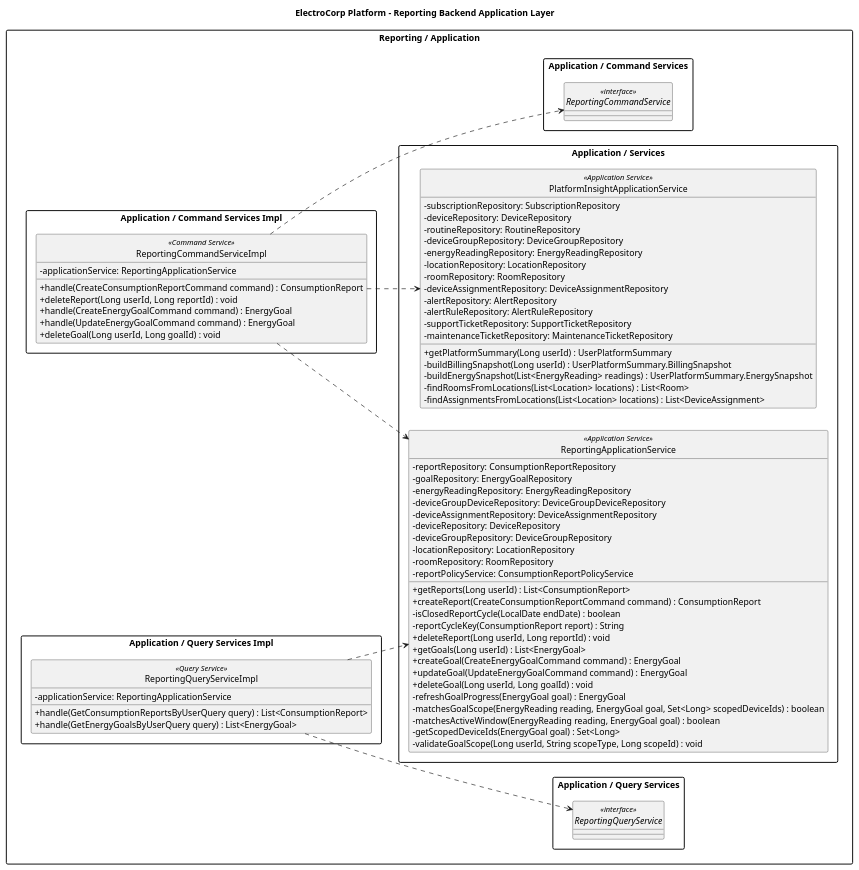
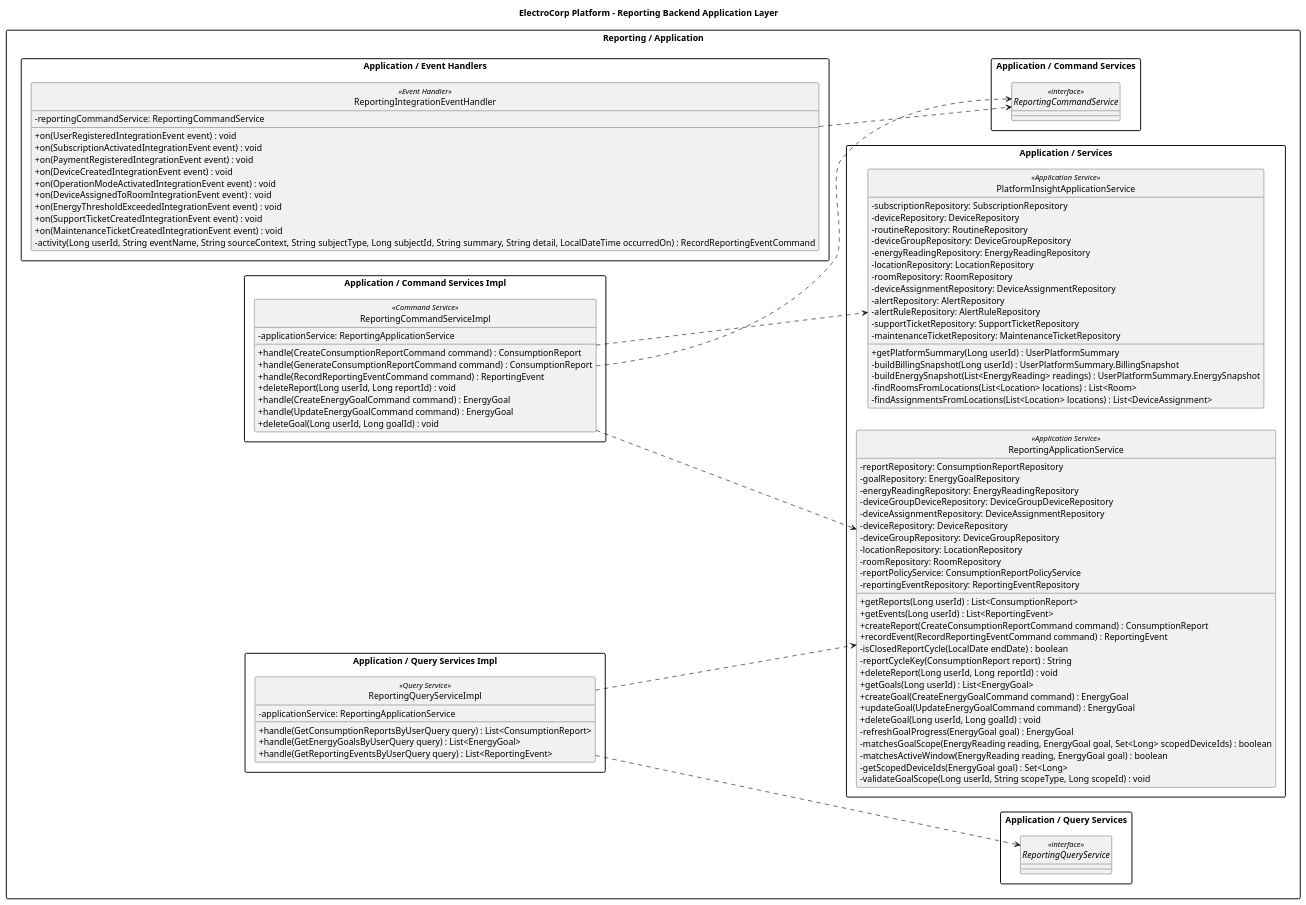
The diagram in docs/diagrams/class/backend/layers/reporting/backend-reporting-application-class-diagram.puml (upc-pre-202610-1asi0729-11896-ecorp/electrocorp-report), drawn with PlantUML before and after one commit. The commit also changed 34 other files, not shown here.

Commit message:
docs: update final architecture diagrams

```diff
--- a/docs/diagrams/class/backend/layers/reporting/backend-reporting-application-class-diagram.puml
+++ b/docs/diagrams/class/backend/layers/reporting/backend-reporting-application-class-diagram.puml
@@ -1,92 +1,114 @@
 @startuml
 title ElectroCorp Platform - Reporting Backend Application Layer
 left to right direction
 skinparam packageStyle rectangle
 skinparam shadowing false
 skinparam classAttributeIconSize 0
 hide circle
 
 package "Reporting / Application" {
   package "Application / Command Services" {
     interface "ReportingCommandService" as Backend_reporting_ReportingCommandService <<interface>> {
     }
   }
   package "Application / Command Services Impl" {
     class "ReportingCommandServiceImpl" as Backend_reporting_ReportingCommandServiceImpl <<Command Service>> {
       - applicationService: ReportingApplicationService
       + handle(CreateConsumptionReportCommand command) : ConsumptionReport
+      + handle(GenerateConsumptionReportCommand command) : ConsumptionReport
+      + handle(RecordReportingEventCommand command) : ReportingEvent
       + deleteReport(Long userId, Long reportId) : void
       + handle(CreateEnergyGoalCommand command) : EnergyGoal
       + handle(UpdateEnergyGoalCommand command) : EnergyGoal
       + deleteGoal(Long userId, Long goalId) : void
     }
   }
   package "Application / Query Services" {
     interface "ReportingQueryService" as Backend_reporting_ReportingQueryService <<interface>> {
     }
   }
   package "Application / Query Services Impl" {
     class "ReportingQueryServiceImpl" as Backend_reporting_ReportingQueryServiceImpl <<Query Service>> {
       - applicationService: ReportingApplicationService
       + handle(GetConsumptionReportsByUserQuery query) : List<ConsumptionReport>
       + handle(GetEnergyGoalsByUserQuery query) : List<EnergyGoal>
+      + handle(GetReportingEventsByUserQuery query) : List<ReportingEvent>
+    }
+  }
+  package "Application / Event Handlers" {
+    class "ReportingIntegrationEventHandler" as Backend_reporting_ReportingIntegrationEventHandler <<Event Handler>> {
+      - reportingCommandService: ReportingCommandService
+      + on(UserRegisteredIntegrationEvent event) : void
+      + on(SubscriptionActivatedIntegrationEvent event) : void
+      + on(PaymentRegisteredIntegrationEvent event) : void
+      + on(DeviceCreatedIntegrationEvent event) : void
+      + on(OperationModeActivatedIntegrationEvent event) : void
+      + on(DeviceAssignedToRoomIntegrationEvent event) : void
+      + on(EnergyThresholdExceededIntegrationEvent event) : void
+      + on(SupportTicketCreatedIntegrationEvent event) : void
+      + on(MaintenanceTicketCreatedIntegrationEvent event) : void
+      - activity(Long userId, String eventName, String sourceContext, String subjectType, Long subjectId, String summary, String detail, LocalDateTime occurredOn) : RecordReportingEventCommand
     }
   }
   package "Application / Services" {
     class "PlatformInsightApplicationService" as Backend_reporting_PlatformInsightApplicationService <<Application Service>> {
       - subscriptionRepository: SubscriptionRepository
       - deviceRepository: DeviceRepository
       - routineRepository: RoutineRepository
       - deviceGroupRepository: DeviceGroupRepository
       - energyReadingRepository: EnergyReadingRepository
       - locationRepository: LocationRepository
       - roomRepository: RoomRepository
       - deviceAssignmentRepository: DeviceAssignmentRepository
       - alertRepository: AlertRepository
       - alertRuleRepository: AlertRuleRepository
       - supportTicketRepository: SupportTicketRepository
       - maintenanceTicketRepository: MaintenanceTicketRepository
       + getPlatformSummary(Long userId) : UserPlatformSummary
       - buildBillingSnapshot(Long userId) : UserPlatformSummary.BillingSnapshot
       - buildEnergySnapshot(List<EnergyReading> readings) : UserPlatformSummary.EnergySnapshot
       - findRoomsFromLocations(List<Location> locations) : List<Room>
       - findAssignmentsFromLocations(List<Location> locations) : List<DeviceAssignment>
     }
     class "ReportingApplicationService" as Backend_reporting_ReportingApplicationService <<Application Service>> {
       - reportRepository: ConsumptionReportRepository
       - goalRepository: EnergyGoalRepository
       - energyReadingRepository: EnergyReadingRepository
       - deviceGroupDeviceRepository: DeviceGroupDeviceRepository
       - deviceAssignmentRepository: DeviceAssignmentRepository
       - deviceRepository: DeviceRepository
       - deviceGroupRepository: DeviceGroupRepository
       - locationRepository: LocationRepository
       - roomRepository: RoomRepository
       - reportPolicyService: ConsumptionReportPolicyService
+      - reportingEventRepository: ReportingEventRepository
       + getReports(Long userId) : List<ConsumptionReport>
+      + getEvents(Long userId) : List<ReportingEvent>
       + createReport(CreateConsumptionReportCommand command) : ConsumptionReport
+      + recordEvent(RecordReportingEventCommand command) : ReportingEvent
       - isClosedReportCycle(LocalDate endDate) : boolean
       - reportCycleKey(ConsumptionReport report) : String
       + deleteReport(Long userId, Long reportId) : void
       + getGoals(Long userId) : List<EnergyGoal>
       + createGoal(CreateEnergyGoalCommand command) : EnergyGoal
       + updateGoal(UpdateEnergyGoalCommand command) : EnergyGoal
       + deleteGoal(Long userId, Long goalId) : void
       - refreshGoalProgress(EnergyGoal goal) : EnergyGoal
       - matchesGoalScope(EnergyReading reading, EnergyGoal goal, Set<Long> scopedDeviceIds) : boolean
       - matchesActiveWindow(EnergyReading reading, EnergyGoal goal) : boolean
       - getScopedDeviceIds(EnergyGoal goal) : Set<Long>
       - validateGoalScope(Long userId, String scopeType, Long scopeId) : void
     }
   }
 }
 
 Backend_reporting_ReportingCommandServiceImpl ..> Backend_reporting_ReportingApplicationService
 Backend_reporting_ReportingCommandServiceImpl ..> Backend_reporting_ReportingCommandService
 Backend_reporting_ReportingQueryServiceImpl ..> Backend_reporting_ReportingApplicationService
 Backend_reporting_ReportingQueryServiceImpl ..> Backend_reporting_ReportingQueryService
+Backend_reporting_ReportingIntegrationEventHandler ..> Backend_reporting_ReportingCommandService
 
 ' Layer relationship completion: every declared type participates in this layer diagram.
 Backend_reporting_ReportingCommandServiceImpl ..> Backend_reporting_PlatformInsightApplicationService
 
 @enduml
```
